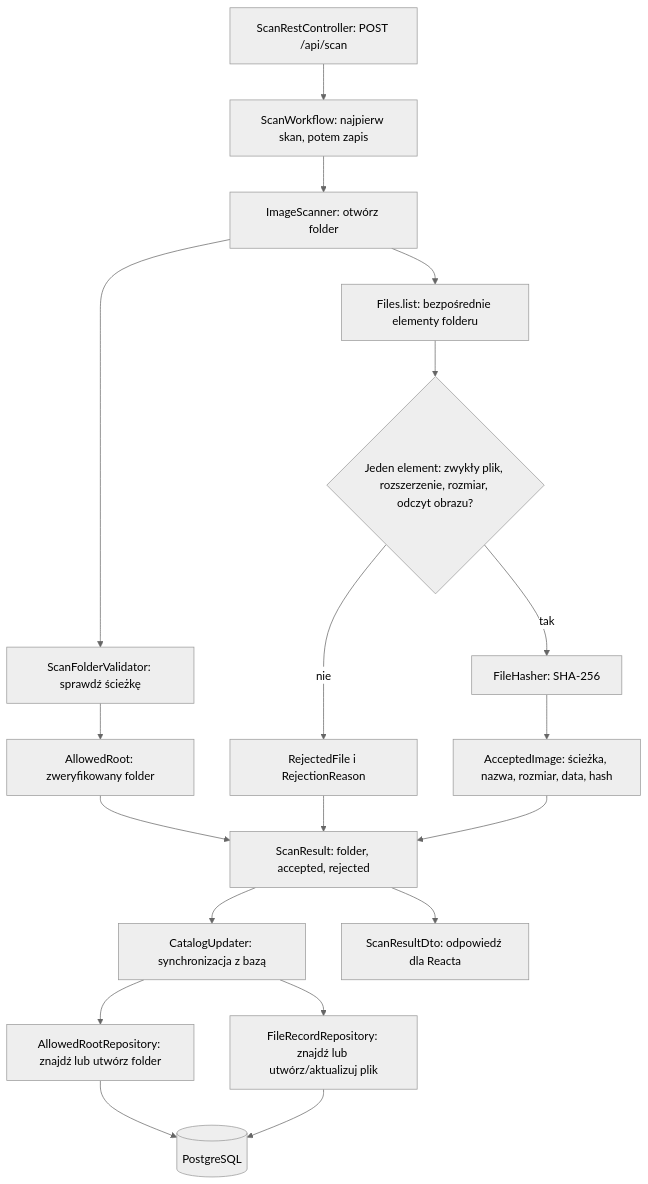
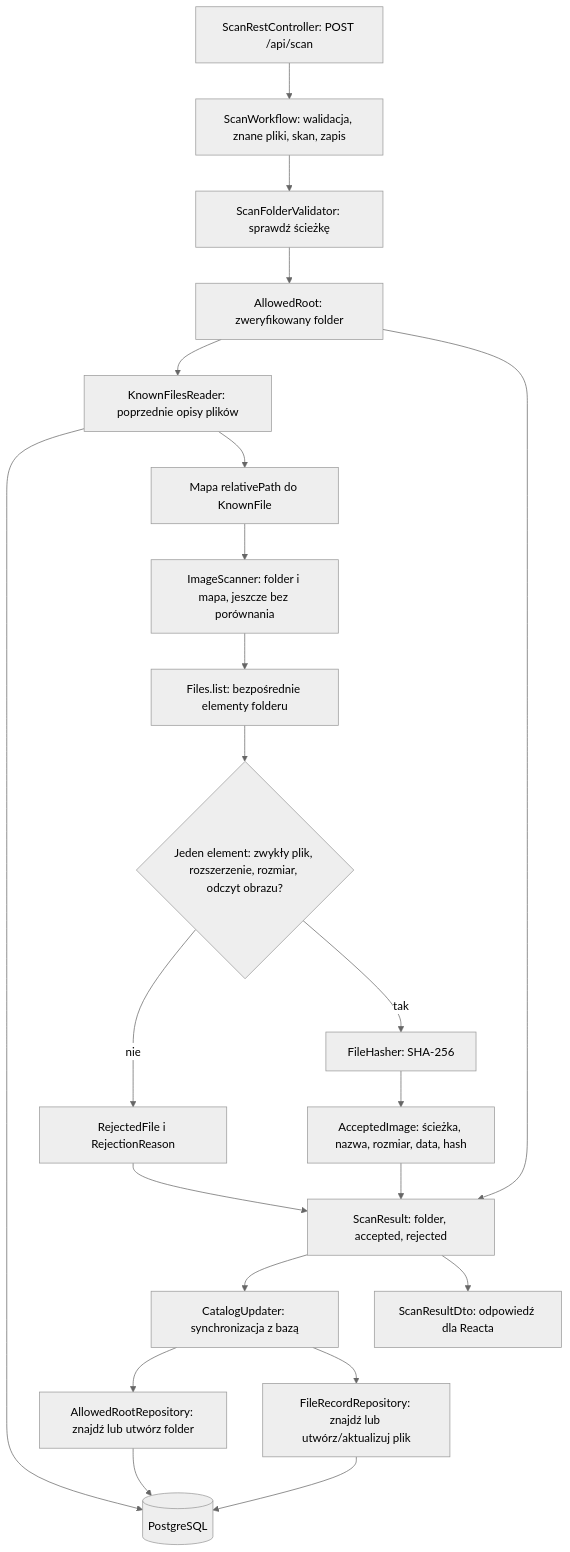
Before and after one commit to Pum2A/screensort: the third of 4 diagrams in docs/diagramy-architektury.md, drawn with Mermaid (neutral theme). The commit also changed other lines of this file and 2 other files, not shown here.

Commit message:
docs(scanning): map the known-file preparation flow
Update the architecture diagram, package map and device handoff to reflect workflow validation and snapshot loading. Explain that workers do not receive the map yet and unchanged files are still fully processed.

````diff
--- a/docs/diagramy-architektury.md
+++ b/docs/diagramy-architektury.md
@@ -77,21 +77,24 @@
 ```mermaid
 flowchart TD
-    POST[ScanRestController: POST /api/scan] --> WF[ScanWorkflow: najpierw skan, potem zapis]
-    WF --> SC[ImageScanner: otwórz folder]
-    SC --> V[ScanFolderValidator: sprawdź ścieżkę]
+    POST[ScanRestController: POST /api/scan] --> WF[ScanWorkflow: walidacja, znane pliki, skan, zapis]
+    WF --> V[ScanFolderValidator: sprawdź ścieżkę]
     V --> AR[AllowedRoot: zweryfikowany folder]
+    AR --> READ[KnownFilesReader: poprzednie opisy plików]
+    READ --> PG[(PostgreSQL)]
+    READ --> KM[Mapa relativePath do KnownFile]
+    KM --> SC[ImageScanner: folder i mapa, jeszcze bez porównania]
     SC --> D[Files.list: bezpośrednie elementy folderu]
     D --> C{Jeden element: zwykły plik, rozszerzenie, rozmiar, odczyt obrazu?}
     C -->|nie| RJ[RejectedFile i RejectionReason]
     C -->|tak| H[FileHasher: SHA-256]
     H --> AC[AcceptedImage: ścieżka, nazwa, rozmiar, data, hash]
     AR --> SR[ScanResult: folder, accepted, rejected]
     RJ --> SR
     AC --> SR
     SR --> UP[CatalogUpdater: synchronizacja z bazą]
     UP --> ROOT[AllowedRootRepository: znajdź lub utwórz folder]
     UP --> FILE[FileRecordRepository: znajdź lub utwórz/aktualizuj plik]
-    ROOT --> PG[(PostgreSQL)]
+    ROOT --> PG
     FILE --> PG
     SR --> DTO[ScanResultDto: odpowiedź dla Reacta]
 ```
````
